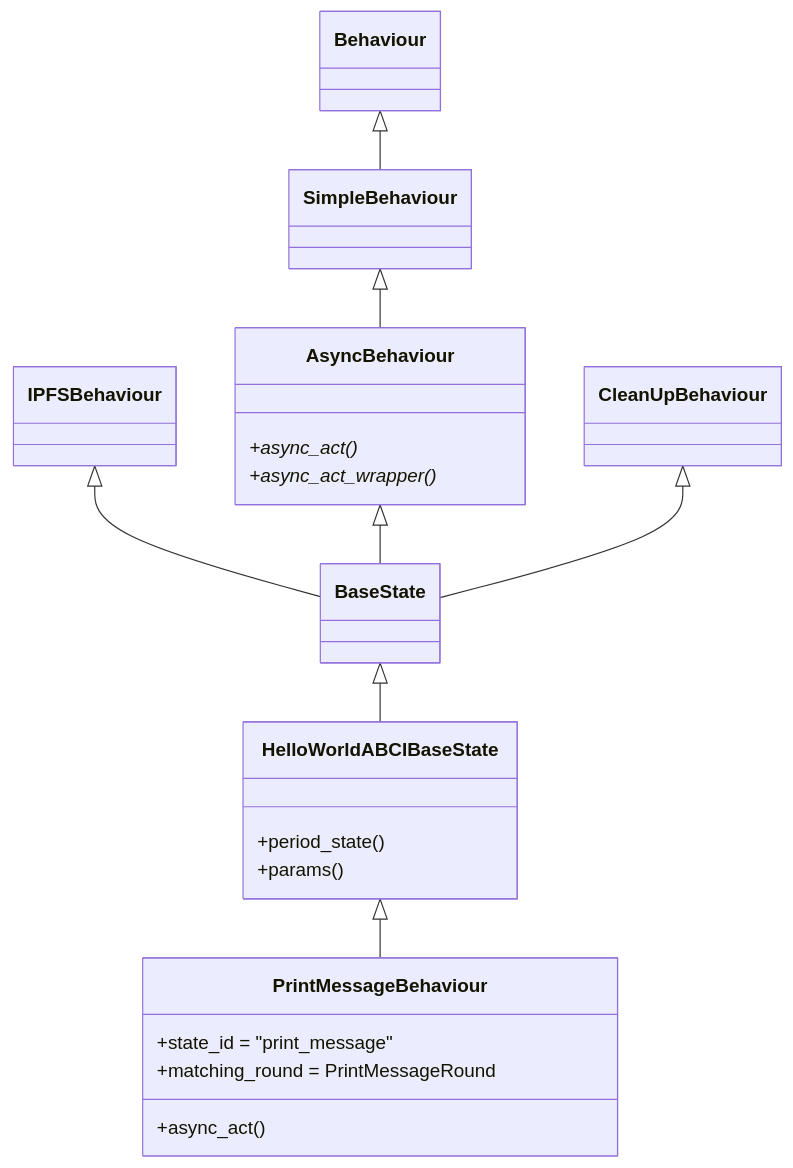
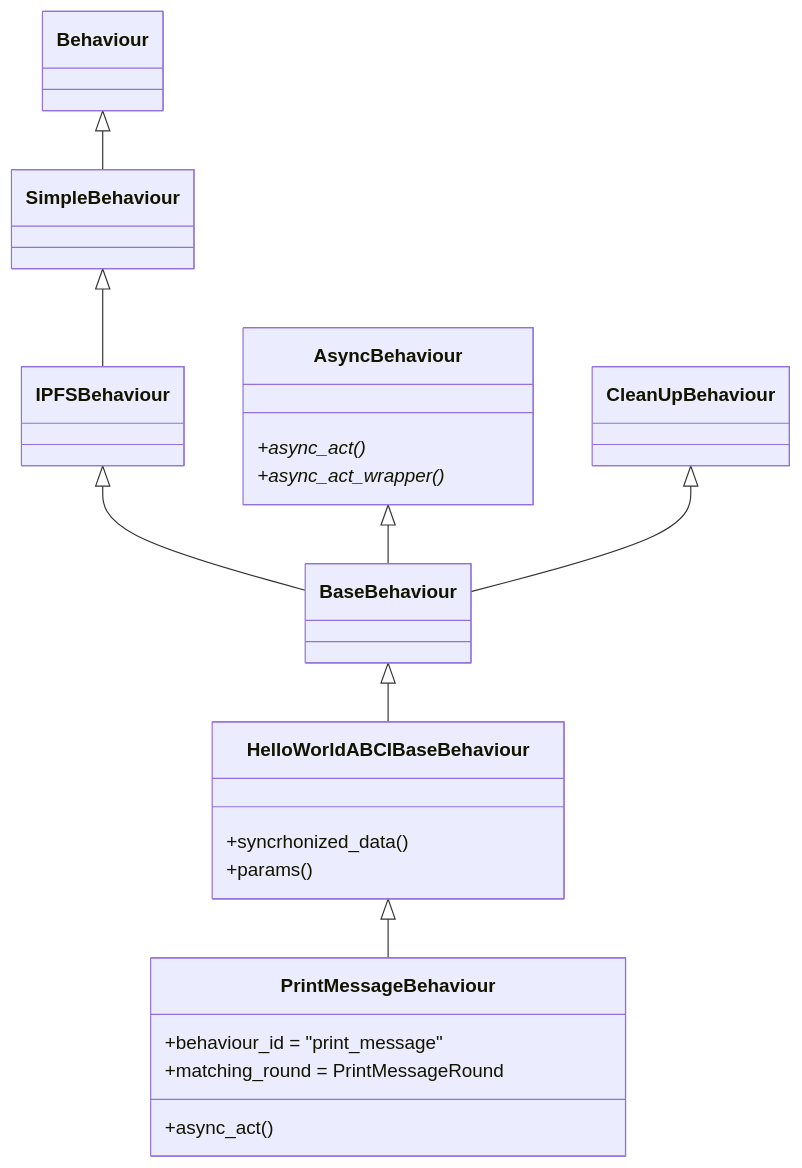
The second of 2 diagrams in docs/get_started.md (valory-xyz/open-autonomy), drawn with Mermaid before and after one commit. The commit also changed other lines of this file and 24 other files, not shown here.

```diff
--- a/docs/get_started.md
+++ b/docs/get_started.md
@@ -327,24 +329,24 @@
   <div class="mermaid">
   classDiagram
-      HelloWorldABCIBaseState <|-- PrintMessageBehaviour
-      BaseState <|-- HelloWorldABCIBaseState
-      IPFSBehaviour <|-- BaseState
-      AsyncBehaviour <|-- BaseState
-      CleanUpBehaviour <|-- BaseState
-      SimpleBehaviour <|-- AsyncBehaviour
+      HelloWorldABCIBaseBehaviour <|-- PrintMessageBehaviour
+      BaseBehaviour <|-- HelloWorldABCIBaseBehaviour
+      IPFSBehaviour <|-- BaseBehaviour
+      AsyncBehaviour <|-- BaseBehaviour
+      CleanUpBehaviour <|-- BaseBehaviour
+      SimpleBehaviour <|-- IPFSBehaviour
       Behaviour <|-- SimpleBehaviour
 
       class AsyncBehaviour{
           +async_act()*
           +async_act_wrapper()*
       }
-      class HelloWorldABCIBaseState {
-          +period_state()
+      class HelloWorldABCIBaseBehaviour {
+          +syncrhonized_data()
           +params()
       }
       class PrintMessageBehaviour{
-          +state_id = "print_message"
+          +behaviour_id = "print_message"
           +matching_round = PrintMessageRound
           +async_act()
       }
   </div>
```
